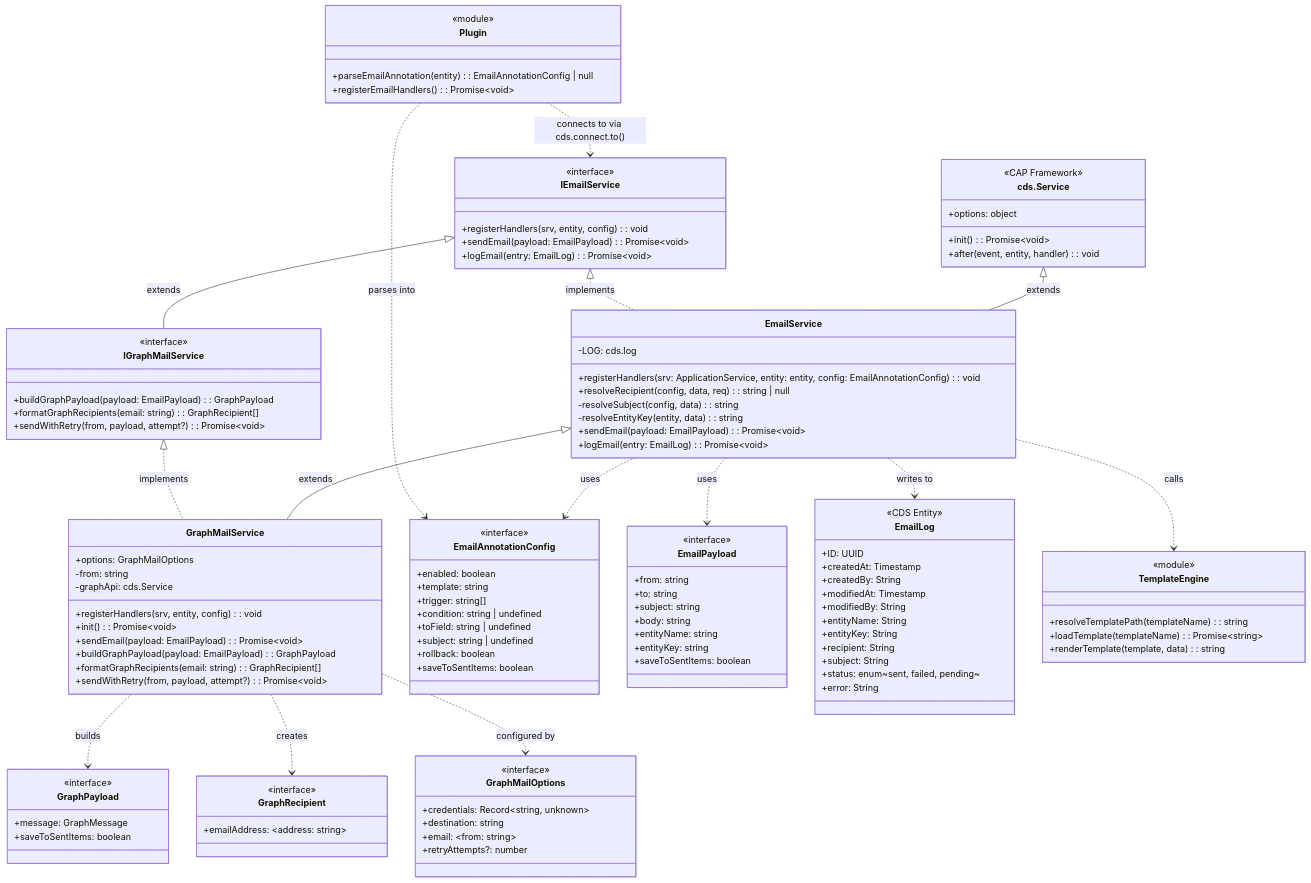
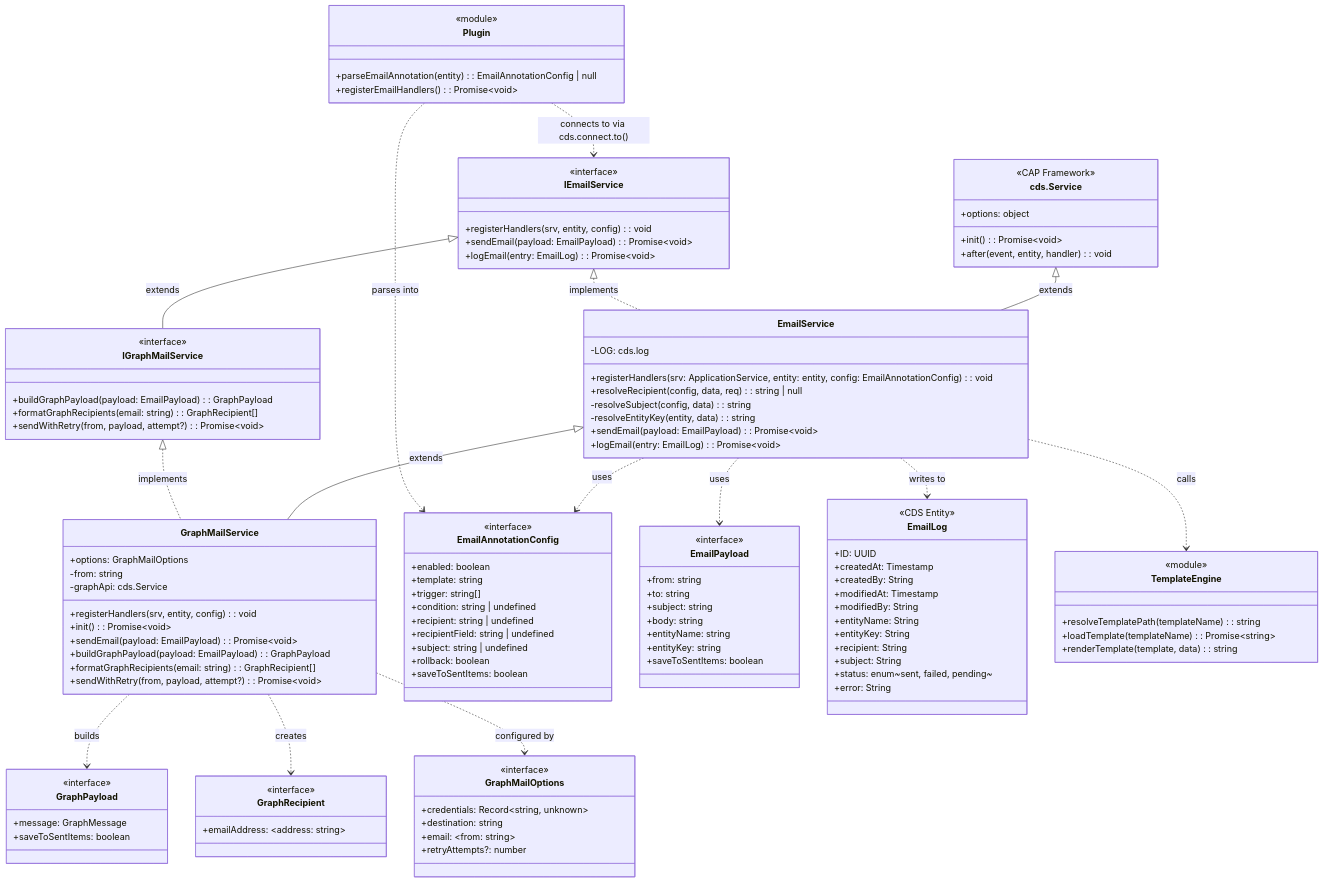
One commit to expertum-net/cap-email-plugin changed the third of 10 diagrams in docs/cap-email-diagrams.md. Above: the diagram before and after it, drawn with Mermaid. The commit also changed other lines of this file and 11 other files, not shown here.

First line of the commit message:
feat: add static recipient annotation and rename toField to recipientField (#46)

```diff
--- a/docs/cap-email-diagrams.md
+++ b/docs/cap-email-diagrams.md
@@ -121,7 +121,8 @@
         +template: string
         +trigger: string[]
         +condition: string | undefined
-        +toField: string | undefined
+        +recipient: string | undefined
+        +recipientField: string | undefined
         +subject: string | undefined
         +rollback: boolean
         +saveToSentItems: boolean
```
